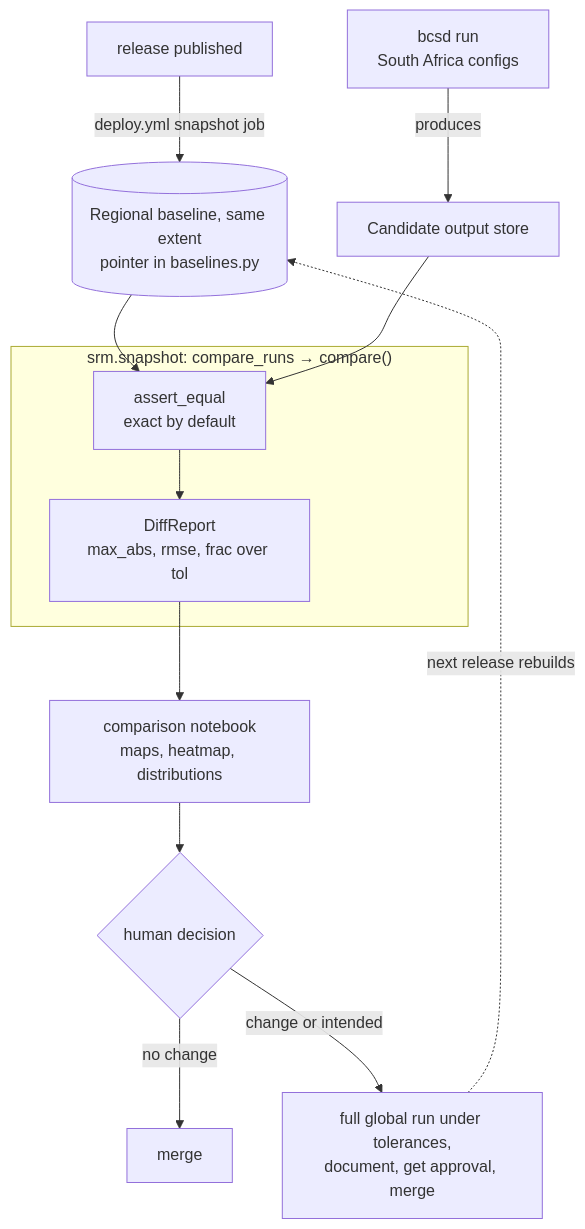
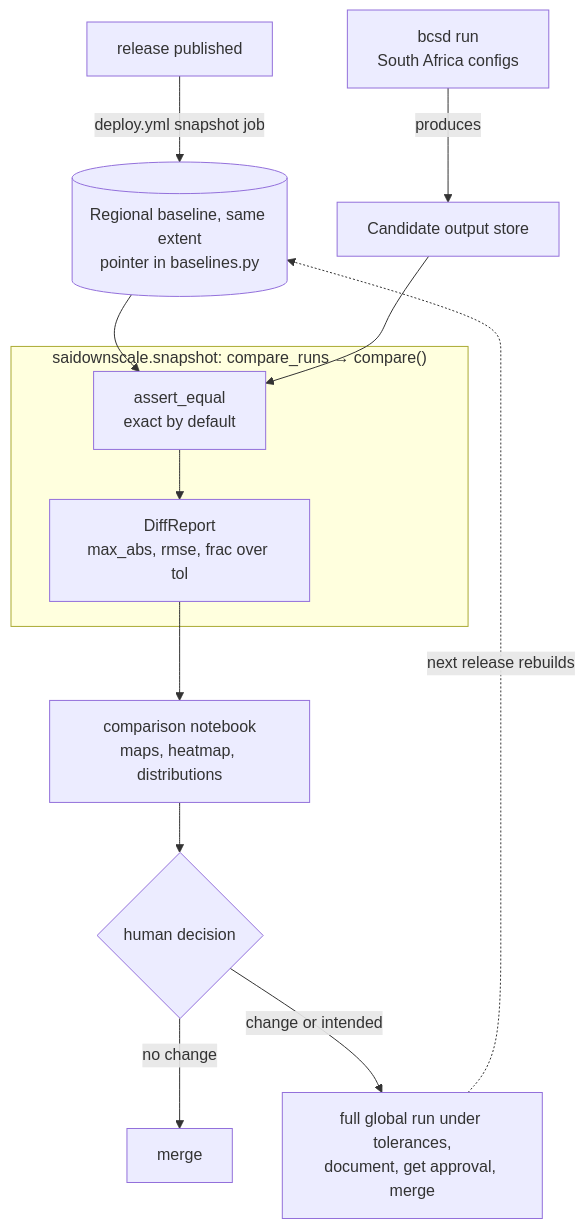
Before and after one commit to carbonplan/sai-downscaling: the diagram in docs/explanation/snapshot-testing.md, drawn with Mermaid. The commit also changed other lines of this file and 174 other files, not shown here.

Commit message:
name change from srm to saidownscale

````diff
--- a/docs/explanation/snapshot-testing.md
+++ b/docs/explanation/snapshot-testing.md
@@ -9,19 +9,19 @@
 ```mermaid
 graph TB
     REL[release published] -->|deploy.yml snapshot job| SNAP
     RUN[bcsd run<br/>South Africa configs] -->|produces| CAND[Candidate output store]
     SNAP[("Regional baseline, same extent<br/>pointer in baselines.py")]
 
     SNAP --> CMP
     CAND --> CMP
 
-    subgraph "srm.snapshot: compare_runs → compare()"
+    subgraph "saidownscale.snapshot: compare_runs → compare()"
         CMP["assert_equal<br/>exact by default"] --> REP["DiffReport<br/>max_abs, rmse, frac over tol"]
     end
 
     REP --> NB[comparison notebook<br/>maps, heatmap, distributions]
     NB --> V{human decision}
     V -->|no change| MERGE["merge"]
     V -->|change or intended| GLOBAL["full global run under tolerances,<br/>document, get approval, merge"]
     GLOBAL -.->|next release rebuilds| SNAP
 ```
````
